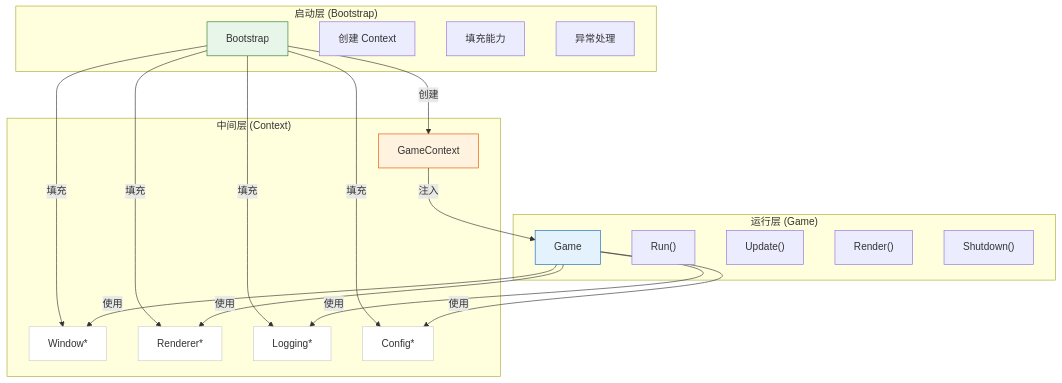
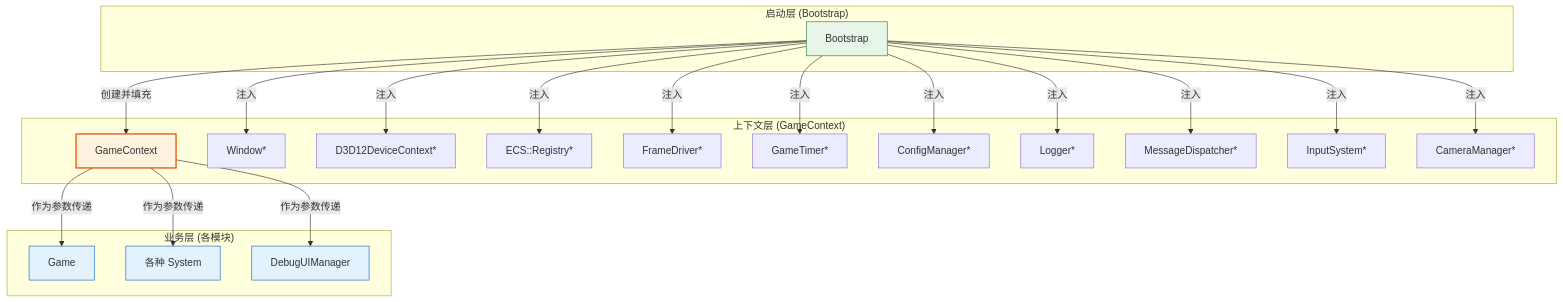
The second of 6 diagrams in src/posts/DX12Engine/Bootstrap/Context.md (Gunxzq/blog), drawn with Mermaid before and after one commit. The commit also changed other lines of this file and 13 other files, not shown here.

````diff
--- a/src/posts/DX12Engine/Bootstrap/Context.md
+++ b/src/posts/DX12Engine/Bootstrap/Context.md
@@ -150,44 +192,48 @@
 ```mermaid
-graph TB
+graph TD
     subgraph "启动层 (Bootstrap)"
-        B["Bootstrap"]
-        B1["创建 Context"]
-        B2["填充能力"]
-        B3["异常处理"]
+        B[Bootstrap]
     end
 
-    subgraph "中间层 (Context)"
-        C["GameContext"]
-        C1["Window*"]
-        C2["Renderer*"]
-        C3["Logging*"]
-        C4["Config*"]
+    subgraph "上下文层 (GameContext)"
+        CTX[GameContext]
+        W[Window*]
+        DC[D3D12DeviceContext*]
+        REG[ECS::Registry*]
+        FD[FrameDriver*]
+        TIM[GameTimer*]
+        CFG[ConfigManager*]
+        LOG[Logger*]
+        DISP[MessageDispatcher*]
+        INPUT[InputSystem*]
+        CAM[CameraManager*]
     end
 
-    subgraph "运行层 (Game)"
-        G["Game"]
-        G1["Run()"]
-        G2["Update()"]
-        G3["Render()"]
-        G4["Shutdown()"]
+    subgraph "业务层 (各模块)"
+        GAME[Game]
+        SYSTEMS[各种 System]
+        DEBUG[DebugUIManager]
     end
 
-    B -->|"创建"| C
-    B -->|"填充"| C1
-    B -->|"填充"| C2
-    B -->|"填充"| C3
-    B -->|"填充"| C4
-    C -->|"注入"| G
-    G -->|"使用"| C1
-    G -->|"使用"| C2
-    G -->|"使用"| C3
-    G -->|"使用"| C4
+    B -->|创建并填充| CTX
+    B -->|注入| W
+    B -->|注入| DC
+    B -->|注入| REG
+    B -->|注入| FD
+    B -->|注入| TIM
+    B -->|注入| CFG
+    B -->|注入| LOG
+    B -->|注入| DISP
+    B -->|注入| INPUT
+    B -->|注入| CAM
+
+    CTX -->|作为参数传递| GAME
+    CTX -->|作为参数传递| SYSTEMS
+    CTX -->|作为参数传递| DEBUG
 
     style B fill:#e8f5e9,stroke:#2e7d32
-    style C fill:#fff3e0,stroke:#e65100
-    style G fill:#e3f2fd,stroke:#1565c0
-    style C1 fill:#fff,stroke:#ccc
-    style C2 fill:#fff,stroke:#ccc
-    style C3 fill:#fff,stroke:#ccc
-    style C4 fill:#fff,stroke:#ccc
+    style CTX fill:#fff3e0,stroke:#e65100,stroke-width:2px
+    style GAME fill:#e3f2fd,stroke:#1565c0
+    style SYSTEMS fill:#e3f2fd,stroke:#1565c0
+    style DEBUG fill:#e3f2fd,stroke:#1565c0
 ```
````
